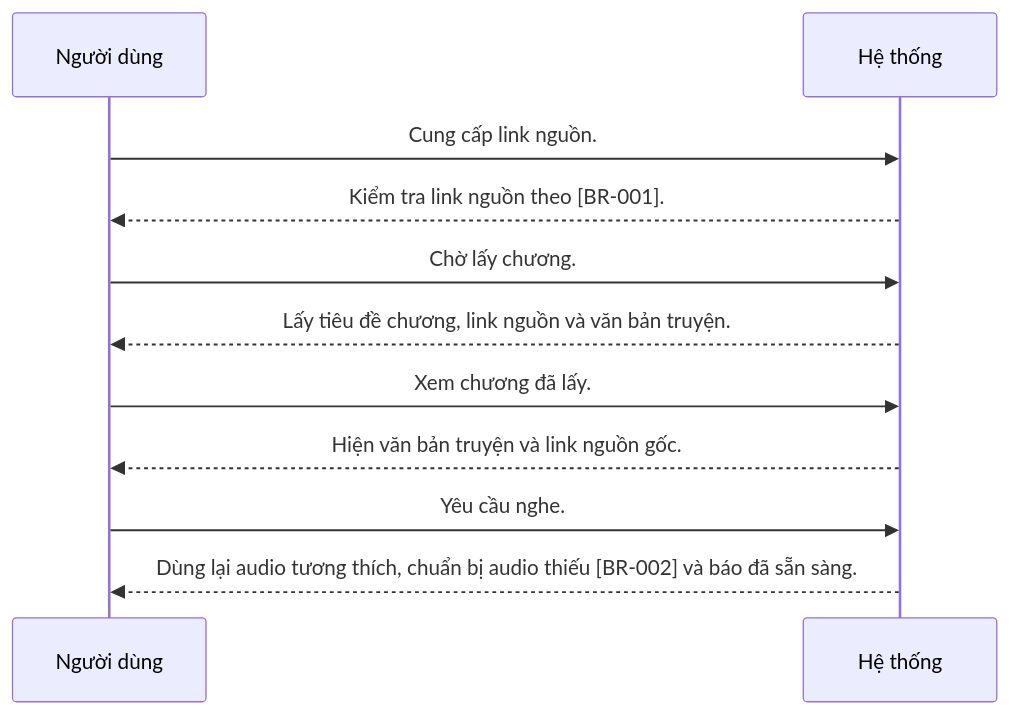
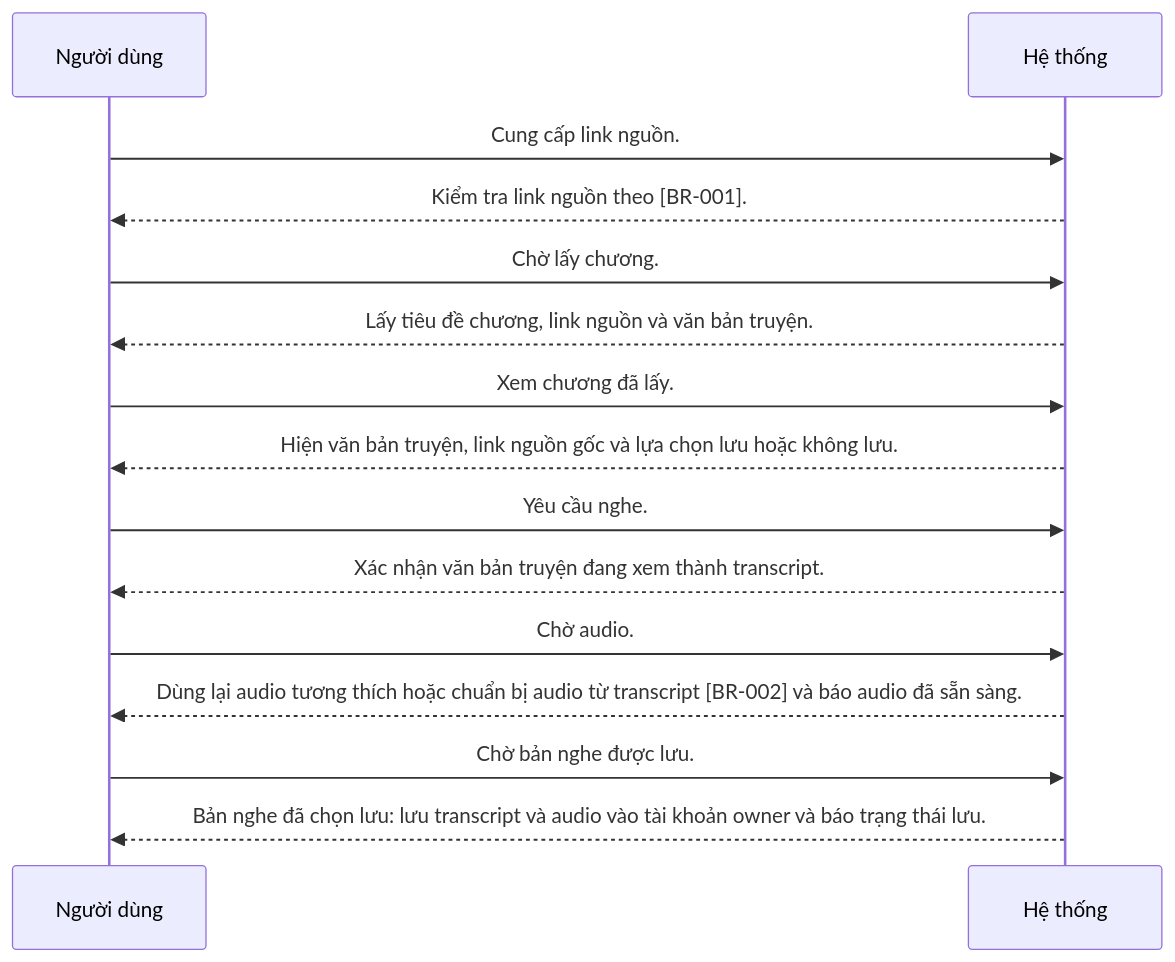
Before and after one commit to BuhDuy256/novsay: the diagram in docs/spec/02-use-cases/UC-001.md, drawn with Mermaid. The commit also changed other lines of this file and 16 other files, not shown here.

````diff
--- a/docs/spec/02-use-cases/UC-001.md
+++ b/docs/spec/02-use-cases/UC-001.md
@@ -12,13 +12,17 @@
 ```mermaid
 sequenceDiagram
   participant U as Người dùng
   participant S as Hệ thống
   U->>S: Cung cấp link nguồn.
   S-->>U: Kiểm tra link nguồn theo [BR-001].
   U->>S: Chờ lấy chương.
   S-->>U: Lấy tiêu đề chương, link nguồn và văn bản truyện.
   U->>S: Xem chương đã lấy.
-  S-->>U: Hiện văn bản truyện và link nguồn gốc.
+  S-->>U: Hiện văn bản truyện, link nguồn gốc và lựa chọn lưu hoặc không lưu.
   U->>S: Yêu cầu nghe.
-  S-->>U: Dùng lại audio tương thích, chuẩn bị audio thiếu [BR-002] và báo đã sẵn sàng.
+  S-->>U: Xác nhận văn bản truyện đang xem thành transcript.
+  U->>S: Chờ audio.
+  S-->>U: Dùng lại audio tương thích hoặc chuẩn bị audio từ transcript [BR-002] và báo audio đã sẵn sàng.
+  U->>S: Chờ bản nghe được lưu.
+  S-->>U: Bản nghe đã chọn lưu: lưu transcript và audio vào tài khoản owner và báo trạng thái lưu.
 ```
````
